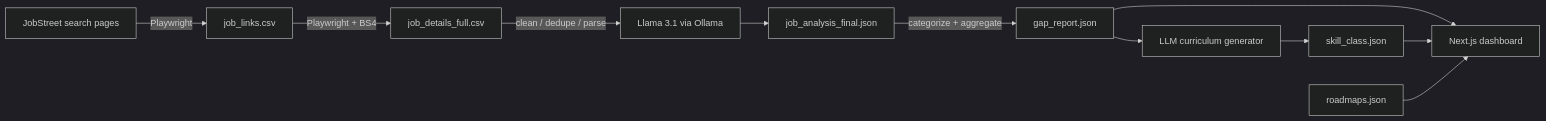
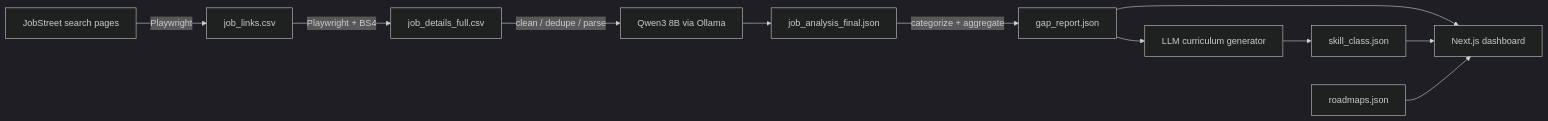
Before and after one commit to RSGzen/udiff: the diagram in docs/UDiff.md, drawn with Mermaid (dark theme). The commit also changed other lines of this file and 3 other files, not shown here.

````diff
--- a/docs/UDiff.md
+++ b/docs/UDiff.md
@@ -25,13 +25,13 @@
 ```mermaid
 flowchart LR
     A[JobStreet search pages] -->|Playwright| B[job_links.csv]
     B -->|Playwright + BS4| C[job_details_full.csv]
-    C -->|clean / dedupe / parse| D[Llama 3.1 via Ollama]
+    C -->|clean / dedupe / parse| D[Qwen3 8B via Ollama]
     D --> E[job_analysis_final.json]
     E -->|categorize + aggregate| F[gap_report.json]
     F --> G[LLM curriculum generator]
     G --> H[skill_class.json]
     F --> W[Next.js dashboard]
     H --> W
     R[roadmaps.json] --> W
 ```
````
